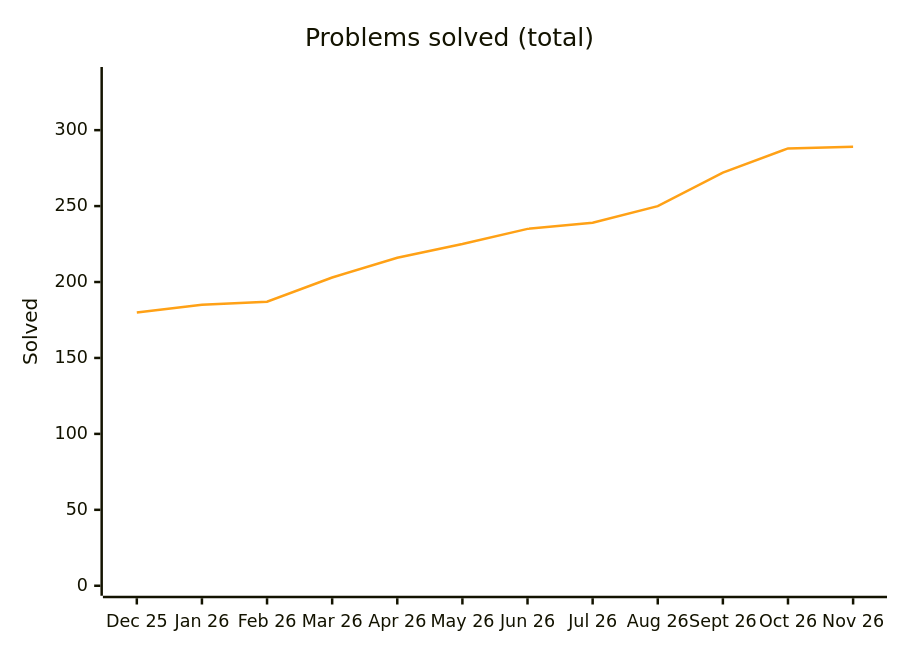
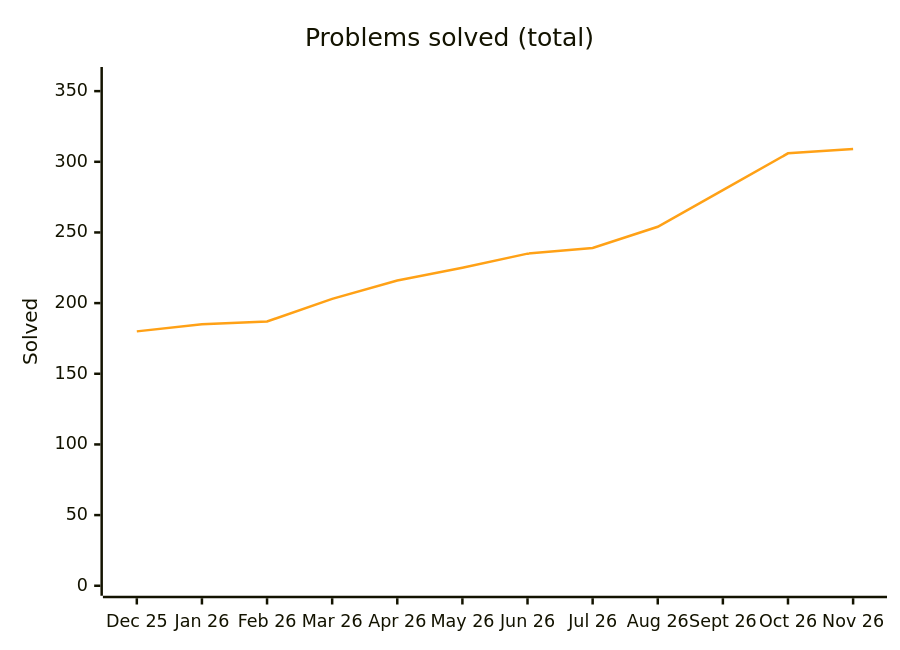
One commit to Ved-u/Java-DSA changed the diagram in README.md. Above: the diagram before and after it, drawn with Mermaid. The commit also changed other lines of this file and 23 other files, not shown here.

````diff
--- a/README.md
+++ b/README.md
@@ -53,8 +53,8 @@
 ```mermaid
 %%{init: {"themeVariables": {"xyChart": {"plotColorPalette": "#ffa116"}}}}%%
 xychart-beta
     title "Problems solved (total)"
     x-axis ["Dec 25", "Jan 26", "Feb 26", "Mar 26", "Apr 26", "May 26", "Jun 26", "Jul 26", "Aug 26", "Sept 26", "Oct 26", "Nov 26"]
-    y-axis "Solved" 0 --> 335
-    line [180, 185, 187, 203, 216, 225, 235, 239, 250, 272, 288, 289]
+    y-axis "Solved" 0 --> 360
+    line [180, 185, 187, 203, 216, 225, 235, 239, 254, 280, 306, 309]
 ```
````
